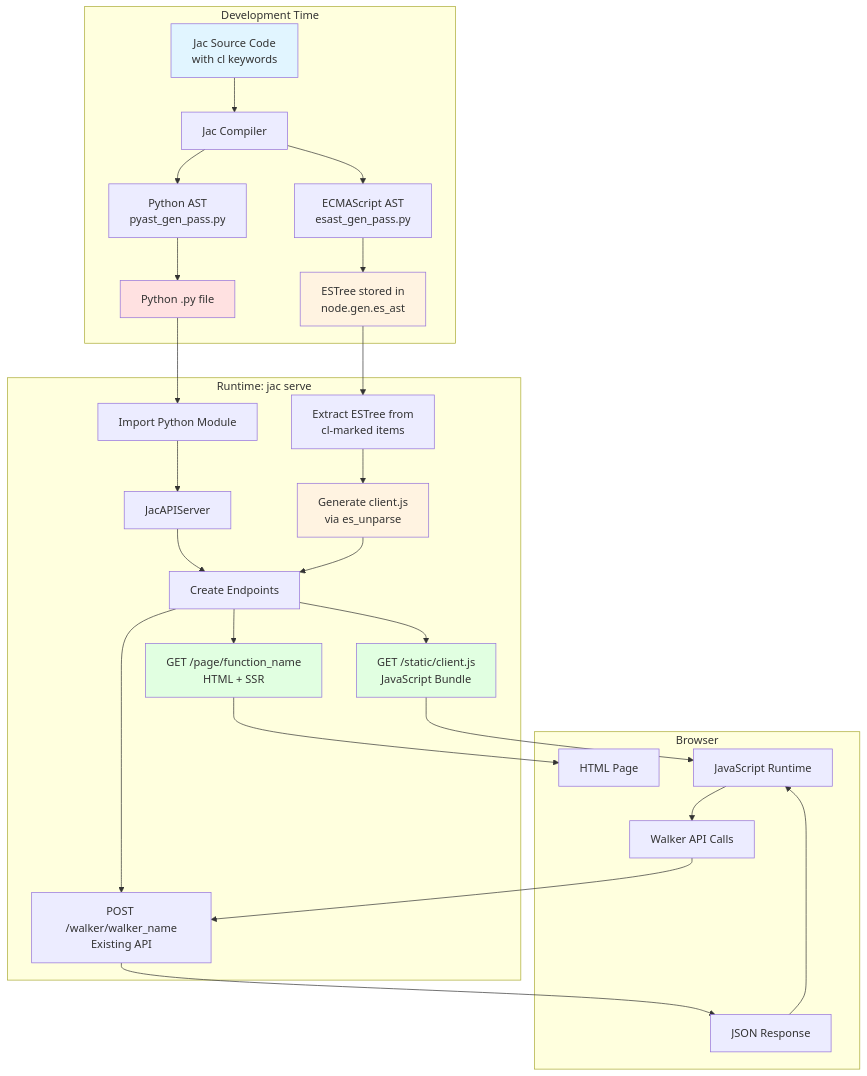
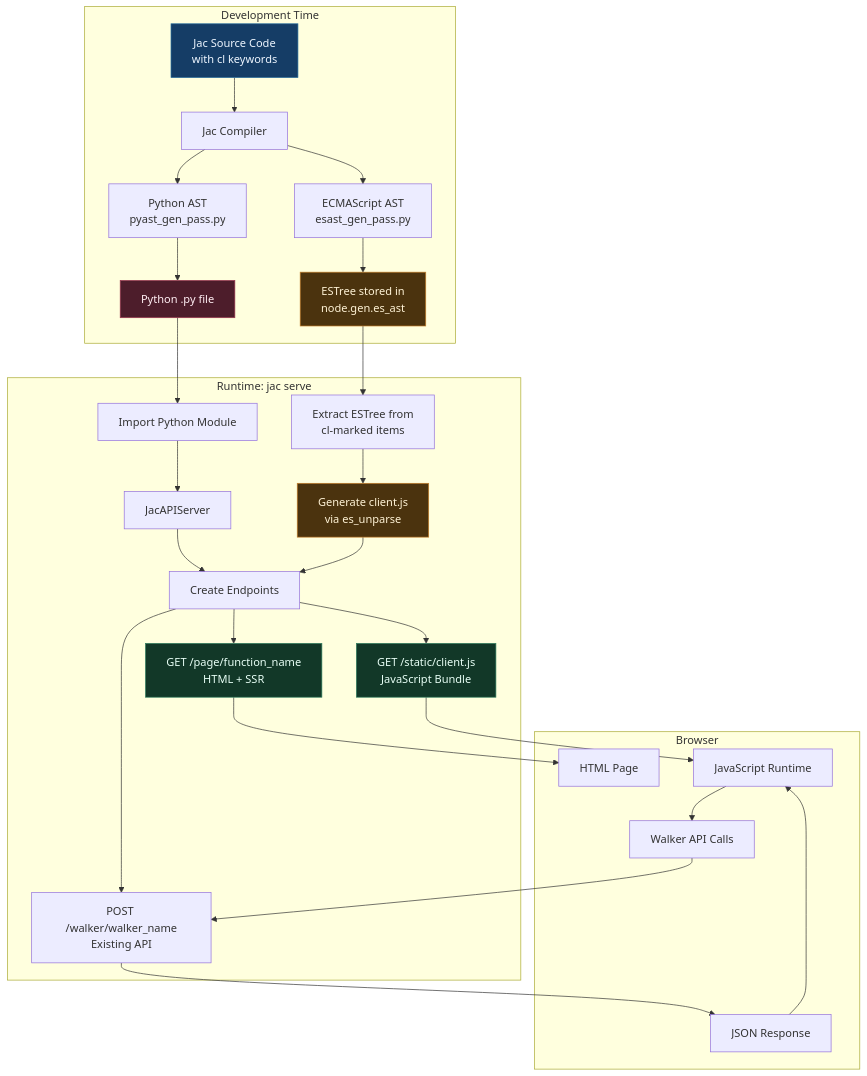
The first of 3 diagrams in jac/docs/jsx_webpage_generation_design.md (specialized806/jaseci), drawn with Mermaid before and after one commit.

Commit message:
dark mode for doc

````diff
--- a/jac/docs/jsx_webpage_generation_design.md
+++ b/jac/docs/jsx_webpage_generation_design.md
@@ -9,39 +9,39 @@
 ```mermaid
 graph TB
     subgraph "Development Time"
         A[Jac Source Code<br/>with cl keywords] --> B[Jac Compiler]
         B --> C[Python AST<br/>pyast_gen_pass.py]
         B --> D[ECMAScript AST<br/>esast_gen_pass.py]
         C --> E[Python .py file]
         D --> F[ESTree stored in<br/>node.gen.es_ast]
     end
 
     subgraph "Runtime: jac serve"
         E --> G[Import Python Module]
         F --> H[Extract ESTree from<br/>cl-marked items]
         G --> I[JacAPIServer]
         H --> J[Generate client.js<br/>via es_unparse]
         I --> K[Create Endpoints]
         J --> K
 
         K --> L[GET /page/function_name<br/>HTML + SSR]
         K --> M[GET /static/client.js<br/>JavaScript Bundle]
         K --> N[POST /walker/walker_name<br/>Existing API]
     end
 
     subgraph "Browser"
         L --> O[HTML Page]
         M --> P[JavaScript Runtime]
         P --> Q[Walker API Calls]
         Q --> N
         N --> R[JSON Response]
         R --> P
     end
 
-    style A fill:#e1f5ff
-    style E fill:#ffe1e1
-    style F fill:#fff3e1
-    style J fill:#fff3e1
-    style L fill:#e1ffe1
-    style M fill:#e1ffe1
+    style A fill:#153d66,stroke:#2a6f9f,color:#eef6ff
+    style E fill:#4d1d2b,stroke:#9c3650,color:#ffeef3
+    style F fill:#4b330e,stroke:#c27b27,color:#fff3d6
+    style J fill:#4b330e,stroke:#c27b27,color:#fff3d6
+    style L fill:#123828,stroke:#2f7d5e,color:#e8fff6
+    style M fill:#123828,stroke:#2f7d5e,color:#e8fff6
 ```
````
